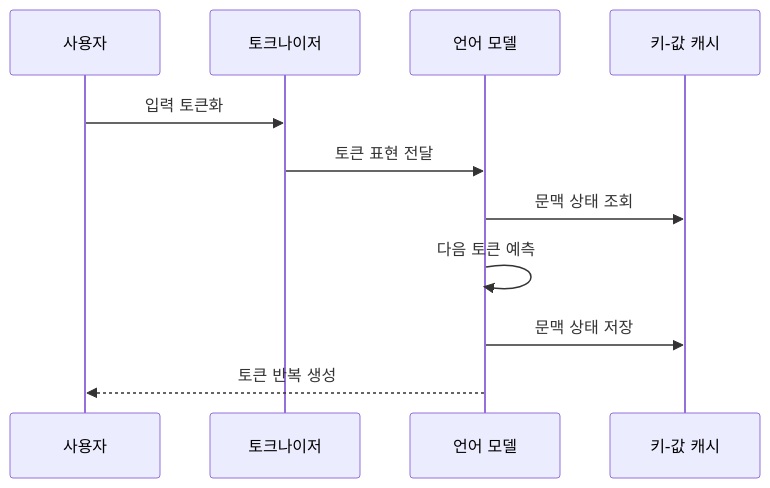
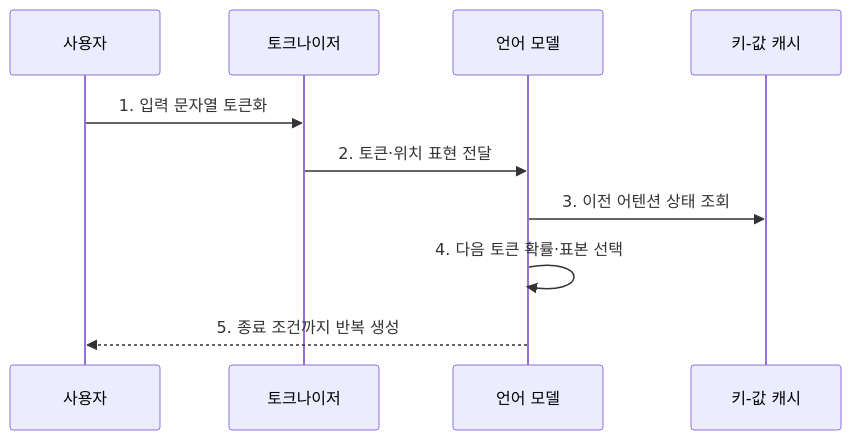
The second of 2 diagrams in src/content/docs/notes/08-latest-tech/024_large_language_model.md (agnusdei1207/knowledge-base), drawn with Mermaid before and after one commit. The commit also changed other lines of this file and 26 other files, not shown here.

````diff
--- a/src/content/docs/notes/08-latest-tech/024_large_language_model.md
+++ b/src/content/docs/notes/08-latest-tech/024_large_language_model.md
@@ -81,13 +74,12 @@
 ```mermaid
 sequenceDiagram
     participant U as 사용자
     participant T as 토크나이저
     participant M as 언어 모델
     participant K as 키-값 캐시
-    U->>T: 입력 토큰화
-    T->>M: 토큰 표현 전달
-    M->>K: 문맥 상태 조회
-    M->>M: 다음 토큰 예측
-    M->>K: 문맥 상태 저장
-    M-->>U: 토큰 반복 생성
+    U->>T: 1. 입력 문자열 토큰화
+    T->>M: 2. 토큰·위치 표현 전달
+    M->>K: 3. 이전 어텐션 상태 조회
+    M->>M: 4. 다음 토큰 확률·표본 선택
+    M-->>U: 5. 종료 조건까지 반복 생성
 ```
````
